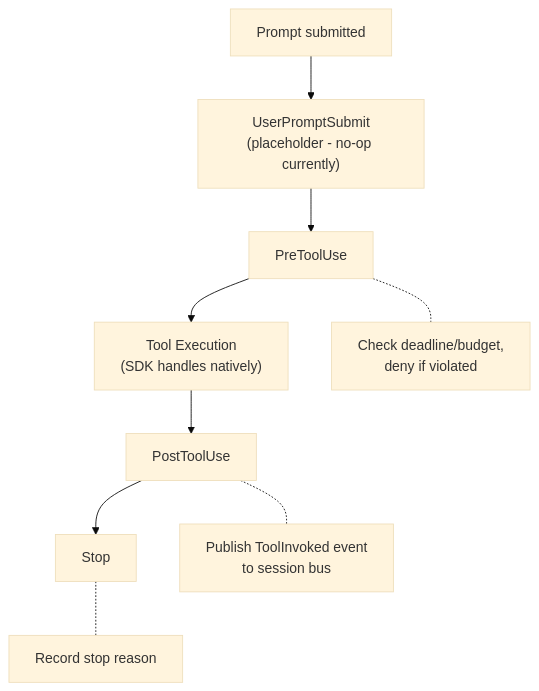
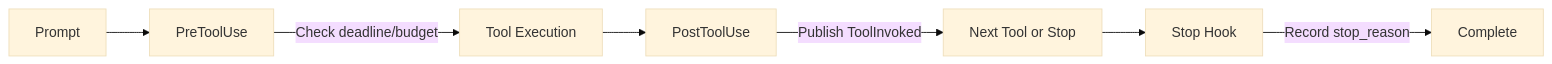
Before and after one commit to weakincentives/weakincentives: the third of 3 diagrams in specs/CLAUDE_AGENT_SDK.md, drawn with Mermaid (base theme). The commit also changed other lines of this file and 9 other files, not shown here.

````diff
--- a/specs/CLAUDE_AGENT_SDK.md
+++ b/specs/CLAUDE_AGENT_SDK.md
@@ -80,22 +440,9 @@
 ```mermaid
-flowchart TD
-    Submit["Prompt submitted"]
-    UserPromptSubmit["UserPromptSubmit<br/>(placeholder - no-op currently)"]
-    PreToolUse["PreToolUse"]
-    ToolExecution["Tool Execution<br/>(SDK handles natively)"]
-    PostToolUse["PostToolUse"]
-    Stop["Stop"]
-
-    CheckDeadline["Check deadline/budget,<br/>deny if violated"]
-    PublishEvent["Publish ToolInvoked event<br/>to session bus"]
-    RecordStop["Record stop reason"]
-
-    Submit --> UserPromptSubmit
-    UserPromptSubmit --> PreToolUse
-    PreToolUse --> ToolExecution
-    PreToolUse -.- CheckDeadline
-    ToolExecution --> PostToolUse
-    PostToolUse -.- PublishEvent
-    PostToolUse --> Stop
-    Stop -.- RecordStop
+flowchart LR
+    Submit["Prompt"] --> PreTool["PreToolUse"]
+    PreTool -->|"Check deadline/budget"| ToolExec["Tool Execution"]
+    ToolExec --> PostTool["PostToolUse"]
+    PostTool -->|"Publish ToolInvoked"| Next["Next Tool or Stop"]
+    Next --> Stop["Stop Hook"]
+    Stop -->|"Record stop_reason"| Done["Complete"]
 ```
````
